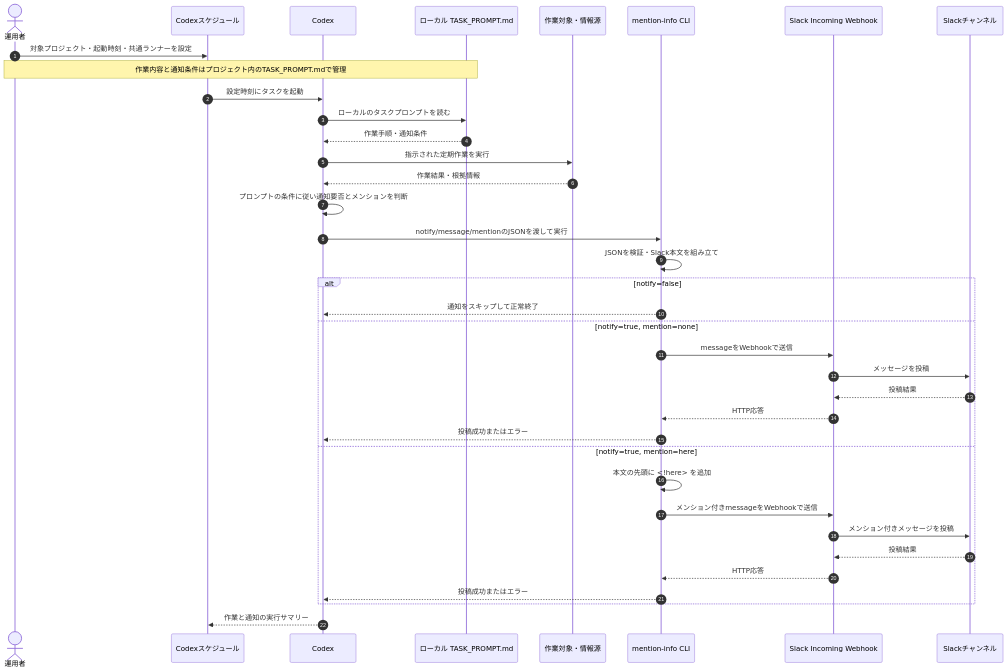
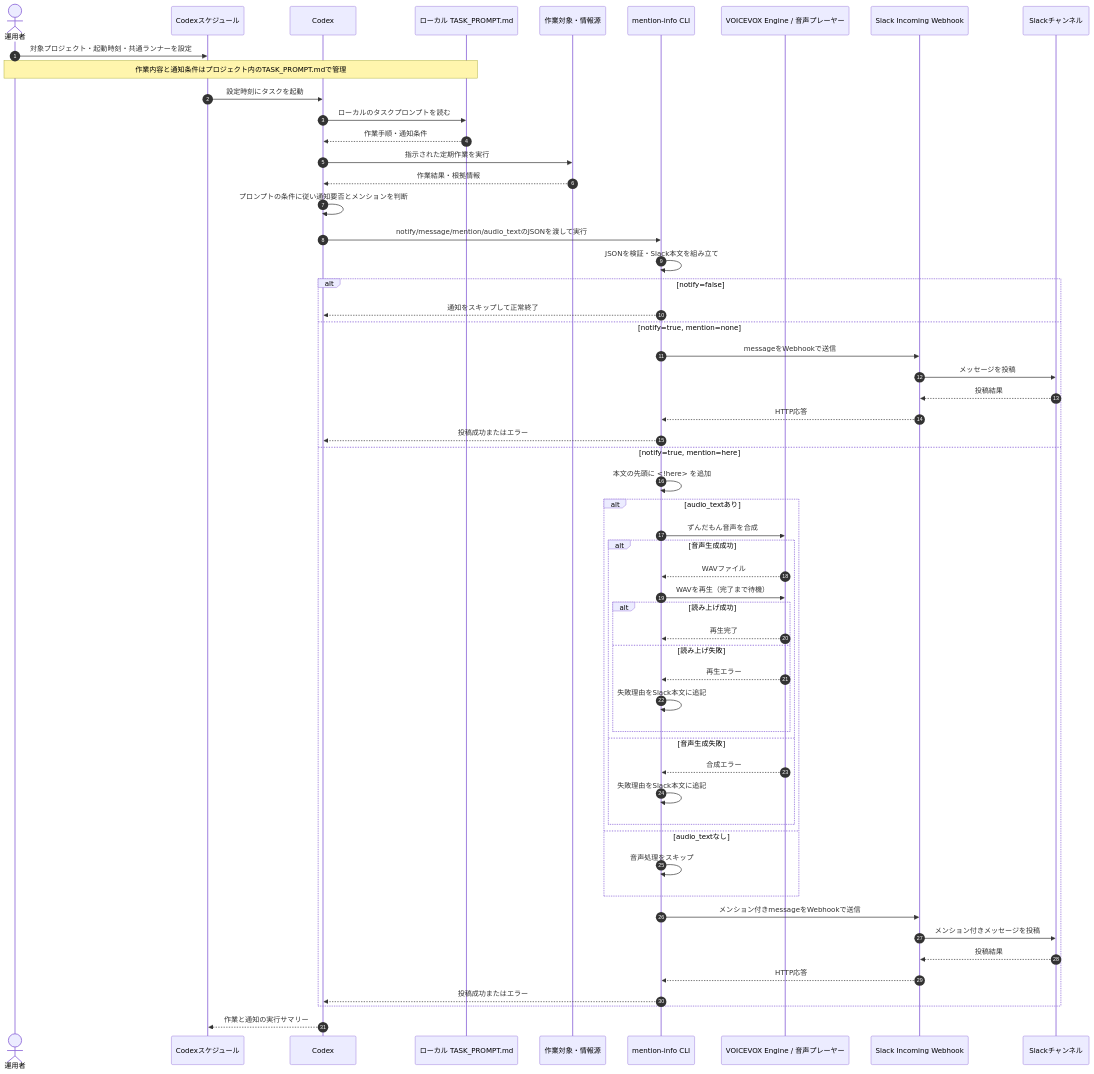
One commit to rchaser53/mention-info changed the diagram in docs/sequence.md. Above: the diagram before and after it, drawn with Mermaid. The commit also changed other lines of this file and 4 other files, not shown here.

````diff
--- a/docs/sequence.md
+++ b/docs/sequence.md
@@ -5,40 +5,59 @@
 ```mermaid
 sequenceDiagram
     autonumber
     actor Operator as 運用者
     participant Cron as Codexスケジュール
     participant Codex as Codex
     participant Prompt as ローカル TASK_PROMPT.md
     participant Work as 作業対象・情報源
     participant CLI as mention-info CLI
+    participant Voice as VOICEVOX Engine / 音声プレーヤー
     participant Hook as Slack Incoming Webhook
     participant Slack as Slackチャンネル
 
     Operator->>Cron: 対象プロジェクト・起動時刻・共通ランナーを設定
     Note over Operator,Prompt: 作業内容と通知条件はプロジェクト内のTASK_PROMPT.mdで管理
     Cron->>Codex: 設定時刻にタスクを起動
     Codex->>Prompt: ローカルのタスクプロンプトを読む
     Prompt-->>Codex: 作業手順・通知条件
     Codex->>Work: 指示された定期作業を実行
     Work-->>Codex: 作業結果・根拠情報
     Codex->>Codex: プロンプトの条件に従い通知要否とメンションを判断
-    Codex->>CLI: notify/message/mentionのJSONを渡して実行
+    Codex->>CLI: notify/message/mention/audio_textのJSONを渡して実行
     CLI->>CLI: JSONを検証・Slack本文を組み立て
     alt notify=false
         CLI-->>Codex: 通知をスキップして正常終了
     else notify=true, mention=none
         CLI->>Hook: messageをWebhookで送信
         Hook->>Slack: メッセージを投稿
         Slack-->>Hook: 投稿結果
         Hook-->>CLI: HTTP応答
         CLI-->>Codex: 投稿成功またはエラー
     else notify=true, mention=here
         CLI->>CLI: 本文の先頭に <!here> を追加
+        alt audio_textあり
+            CLI->>Voice: ずんだもん音声を合成
+            alt 音声生成成功
+                Voice-->>CLI: WAVファイル
+                CLI->>Voice: WAVを再生（完了まで待機）
+                alt 読み上げ成功
+                    Voice-->>CLI: 再生完了
+                else 読み上げ失敗
+                    Voice-->>CLI: 再生エラー
+                    CLI->>CLI: 失敗理由をSlack本文に追記
+                end
+            else 音声生成失敗
+                Voice-->>CLI: 合成エラー
+                CLI->>CLI: 失敗理由をSlack本文に追記
+            end
+        else audio_textなし
+            CLI->>CLI: 音声処理をスキップ
+        end
         CLI->>Hook: メンション付きmessageをWebhookで送信
         Hook->>Slack: メンション付きメッセージを投稿
         Slack-->>Hook: 投稿結果
         Hook-->>CLI: HTTP応答
         CLI-->>Codex: 投稿成功またはエラー
     end
     Codex-->>Cron: 作業と通知の実行サマリー
 ```
````
